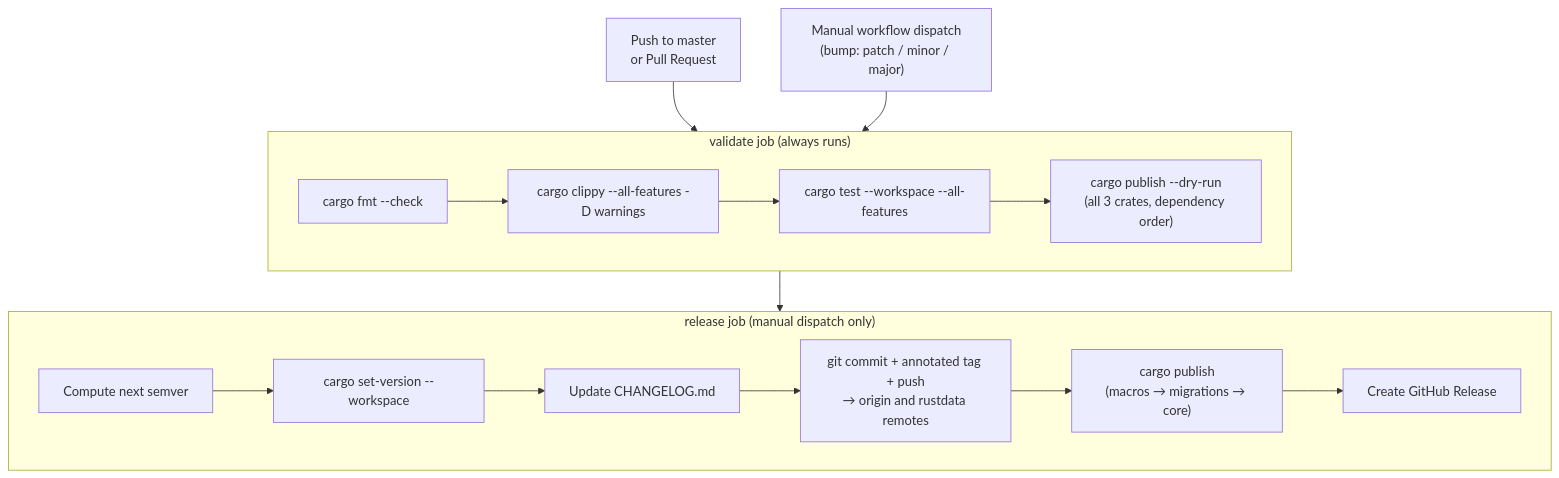
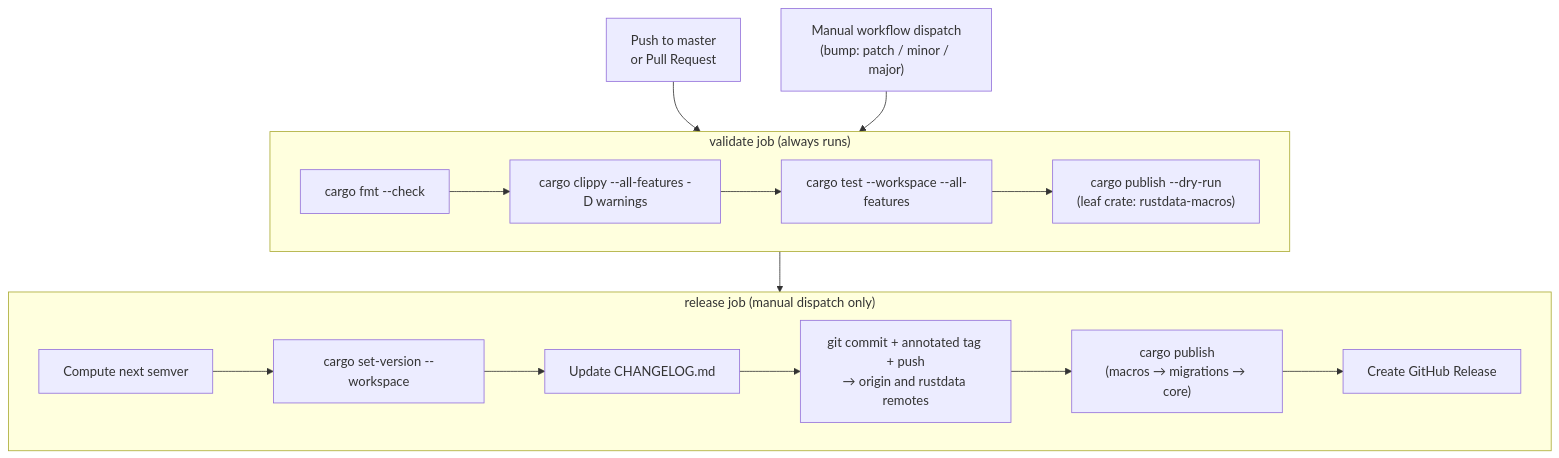
Before and after one commit to hugomf/rustdata: the second of 3 diagrams in PUBLISHING.md, drawn with Mermaid. The commit also changed 5 other files, not shown here.

Commit message:
fix: workspace-dep crate validation (commit all staged changes)

````diff
--- a/PUBLISHING.md
+++ b/PUBLISHING.md
@@ -50,26 +50,26 @@
 ```mermaid
 flowchart TD
     push["Push to master\nor Pull Request"]
     dispatch["Manual workflow dispatch\n(bump: patch / minor / major)"]
 
     subgraph validate["validate job (always runs)"]
         fmt["cargo fmt --check"]
         clippy["cargo clippy --all-features -D warnings"]
         test["cargo test --workspace --all-features"]
-        dry["cargo publish --dry-run\n(all 3 crates, dependency order)"]
+        dry["cargo publish --dry-run\n(leaf crate: rustdata-macros)"]
         fmt --> clippy --> test --> dry
     end
 
     subgraph release["release job (manual dispatch only)"]
         ver["Compute next semver"]
         bump["cargo set-version --workspace"]
         cl["Update CHANGELOG.md"]
         tag["git commit + annotated tag + push\n→ origin and rustdata remotes"]
         pub["cargo publish\n(macros → migrations → core)"]
         gh["Create GitHub Release"]
         ver --> bump --> cl --> tag --> pub --> gh
     end
 
     push --> validate
     dispatch --> validate --> release
 ```
````
